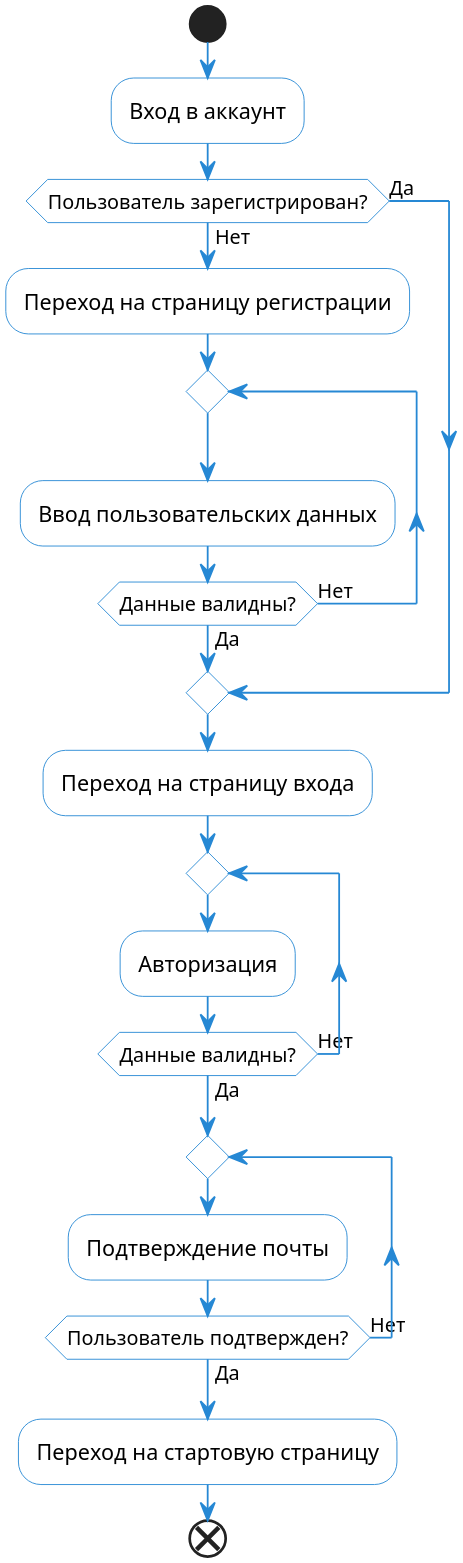
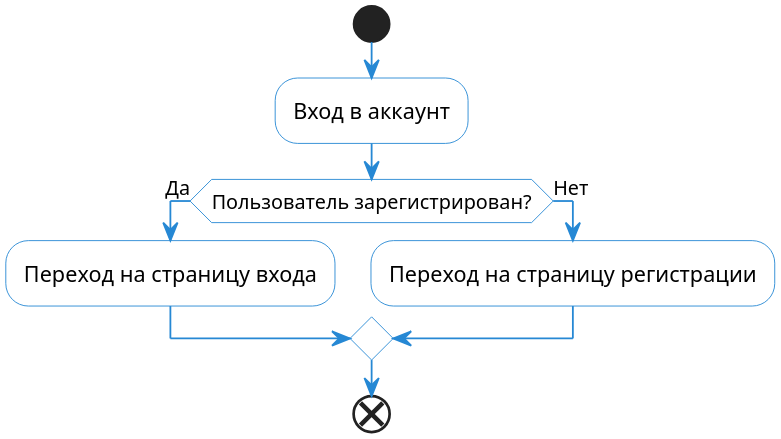
One commit to danilshvalov/databases-lab changed the diagram in puml/login.puml. Above: the diagram before and after it, drawn with PlantUML. The commit also changed 13 other files, not shown here.

```diff
--- a/puml/login.puml
+++ b/puml/login.puml
@@ -1,29 +1,19 @@
 @startuml
 
 scale 3
 skinparam activity {
     BackgroundColor white
     ArrowColor #2688d4
     BorderColor #2688d4
 }
 
 start
 :Вход в аккаунт;
 if (Пользователь зарегистрирован?) then (Да)
+    :Переход на страницу входа;
 else (Нет)
     :Переход на страницу регистрации;
-    repeat
-    :Ввод пользовательских данных;
-    repeat while (Данные валидны?) is (Нет) not (Да)
 endif
-:Переход на страницу входа;
-repeat
-:Авторизация;
-repeat while (Данные валидны?) is (Нет) not (Да)
-repeat
-:Подтверждение почты;
-repeat while (Пользователь подтвержден?) is (Нет) not (Да)
-:Переход на стартовую страницу;
 end
 
 @enduml
```
